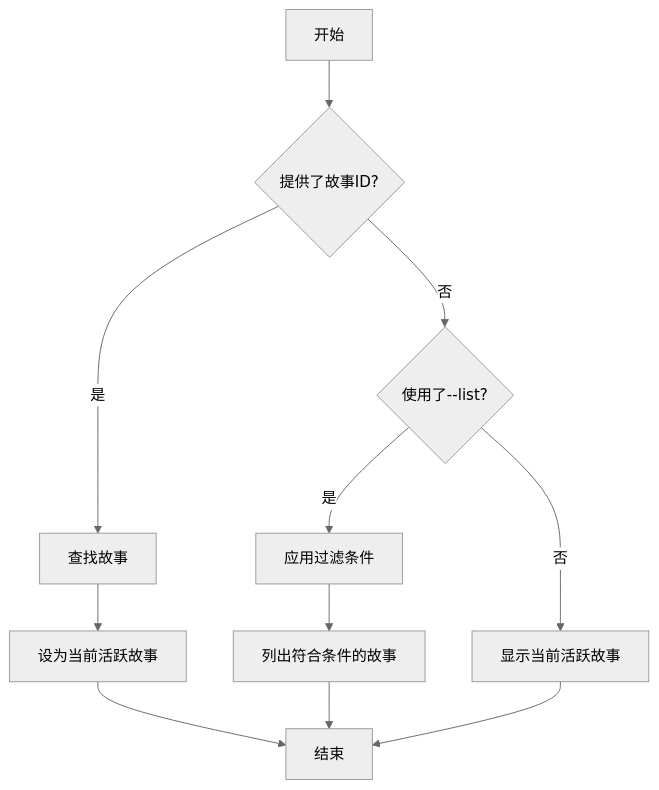
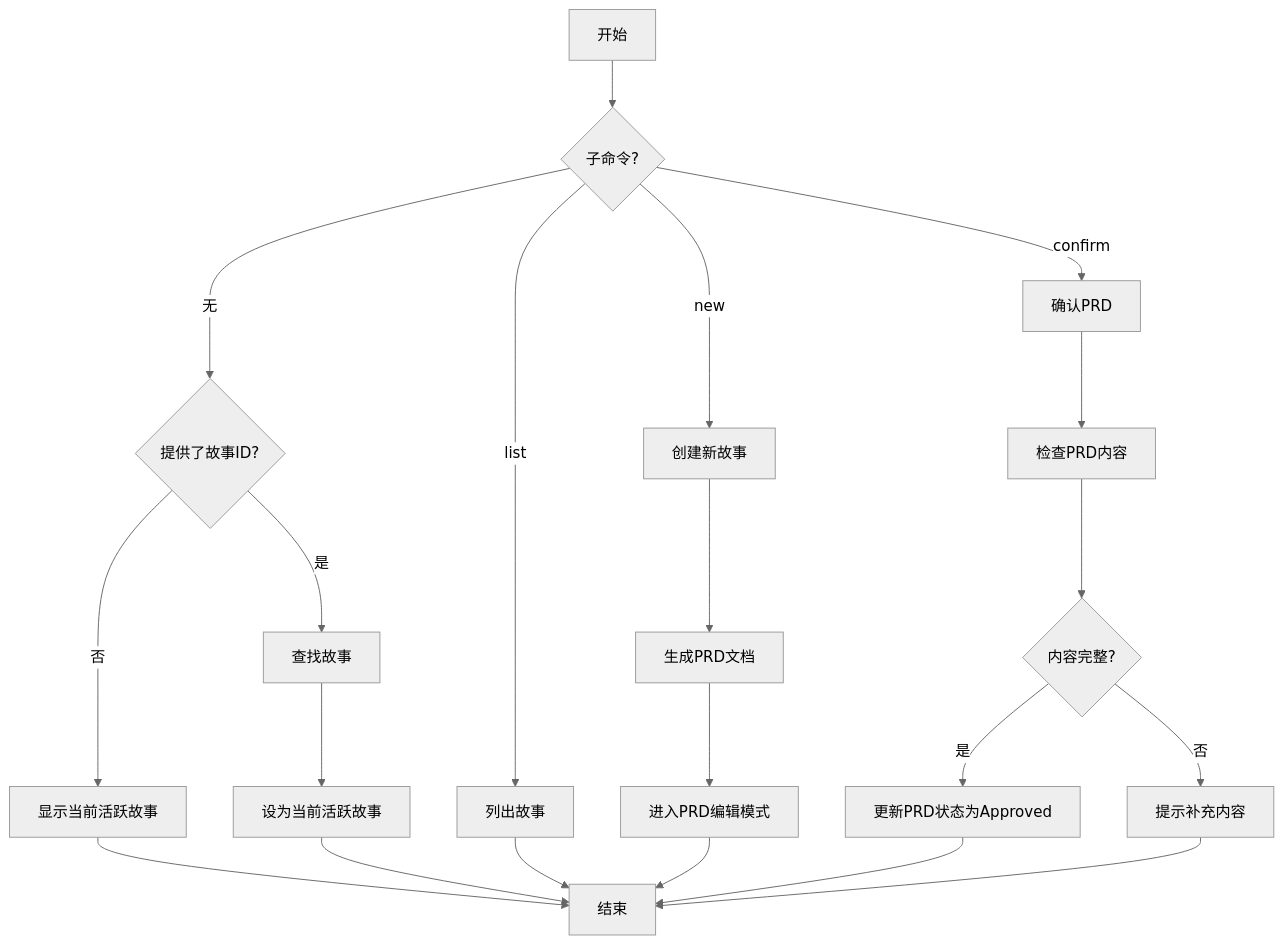
The first of 3 diagrams in .cursor/rules/command-rules/story-command.mdc (jacobcy/VibeCopilot), drawn with Mermaid (neutral theme) before and after one commit. The commit also changed other lines of this file and 63 other files, not shown here.

````diff
--- a/.cursor/rules/command-rules/story-command.mdc
+++ b/.cursor/rules/command-rules/story-command.mdc
@@ -29,13 +37,28 @@
 ```mermaid
 flowchart TD
-    A[开始] --> B{提供了故事ID?}
-    B -->|是| C[查找故事]
-    B -->|否| D{使用了--list?}
-    D -->|是| E[应用过滤条件]
-    D -->|否| F[显示当前活跃故事]
-    C --> G[设为当前活跃故事]
-    E --> H[列出符合条件的故事]
-    F --> I[结束]
-    G --> I
-    H --> I
+    A[开始] --> B{子命令?}
+    B -->|无| C{提供了故事ID?}
+    B -->|new| N[创建新故事]
+    B -->|confirm| O[确认PRD]
+    B -->|list| P[列出故事]
+
+    C -->|是| D[查找故事]
+    C -->|否| E[显示当前活跃故事]
+
+    N --> Q[生成PRD文档]
+    Q --> R[进入PRD编辑模式]
+
+    O --> S[检查PRD内容]
+    S --> T{内容完整?}
+    T -->|是| U[更新PRD状态为Approved]
+    T -->|否| V[提示补充内容]
+
+    D --> F[设为当前活跃故事]
+
+    E --> G[结束]
+    F --> G
+    P --> G
+    R --> G
+    U --> G
+    V --> G
 ```
````
